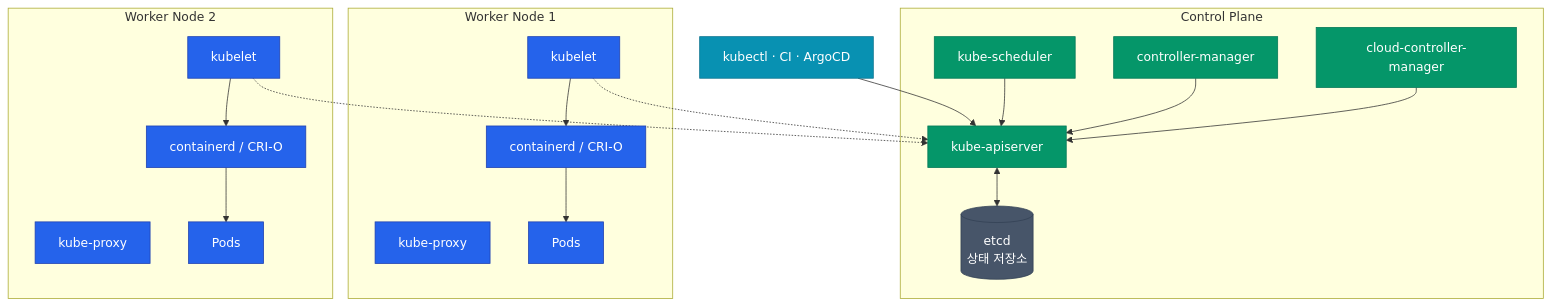
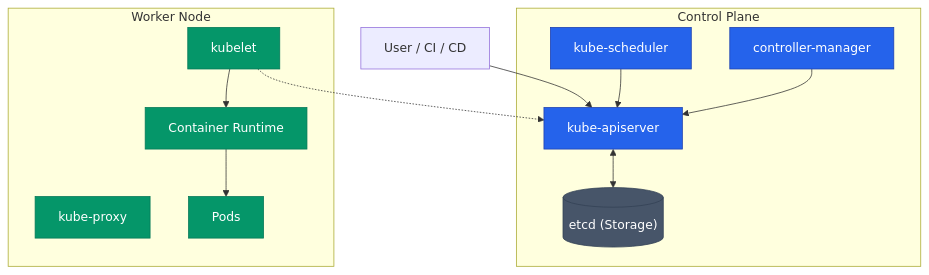
One commit to No1Joon/No1Joon.github.io changed the diagram in _posts/container-orchestration/2026-04-20-kubernetes-01-overview.md. Above: the diagram before and after it, drawn with Mermaid. The commit also changed other lines of this file and 15 other files, not shown here.

````diff
--- a/_posts/container-orchestration/2026-04-20-kubernetes-01-overview.md
+++ b/_posts/container-orchestration/2026-04-20-kubernetes-01-overview.md
@@ -17,46 +17,32 @@
 ```mermaid
 flowchart TB
-    subgraph cp ["Control Plane"]
+    subgraph cp [Control Plane]
         API["kube-apiserver"]
-        ETCD[("etcd<br/>상태 저장소")]
+        ETCD[("etcd (Storage)")]
         SCHED["kube-scheduler"]
         CM["controller-manager"]
-        CCM["cloud-controller-manager"]
     end
 
-    subgraph worker1 ["Worker Node 1"]
-        KUBELET1["kubelet"]
-        PROXY1["kube-proxy"]
-        CRI1["containerd / CRI-O"]
-        POD1["Pods"]
+    subgraph node [Worker Node]
+        KUBELET["kubelet"]
+        PROXY["kube-proxy"]
+        CRI["Container Runtime"]
+        POD["Pods"]
     end
 
-    subgraph worker2 ["Worker Node 2"]
-        KUBELET2["kubelet"]
-        PROXY2["kube-proxy"]
-        CRI2["containerd / CRI-O"]
-        POD2["Pods"]
-    end
-
-    USER["kubectl · CI · ArgoCD"]
-    USER --> API
+    USER["User / CI / CD"] --> API
     API <--> ETCD
     SCHED --> API
     CM --> API
-    CCM --> API
 
-    KUBELET1 -.-> API
-    KUBELET2 -.-> API
-    KUBELET1 --> CRI1 --> POD1
-    KUBELET2 --> CRI2 --> POD2
+    KUBELET -.-> API
+    KUBELET --> CRI --> POD
 
-    classDef cp_style fill:#059669,stroke:#047857,color:#ffffff
-    classDef worker fill:#2563eb,stroke:#1e40af,color:#ffffff
-    classDef storage fill:#475569,stroke:#334155,color:#ffffff
-    classDef external fill:#0891b2,stroke:#0e7490,color:#ffffff
+    classDef primary fill:#2563eb,stroke:#1e40af,color:#ffffff
+    classDef success fill:#059669,stroke:#047857,color:#ffffff
+    classDef neutral fill:#475569,stroke:#334155,color:#ffffff
 
-    class API,SCHED,CM,CCM cp_style
-    class KUBELET1,KUBELET2,PROXY1,PROXY2,CRI1,CRI2,POD1,POD2 worker
-    class ETCD storage
-    class USER external
+    class API,SCHED,CM primary
+    class KUBELET,PROXY,CRI,POD success
+    class ETCD neutral
 ```
````
